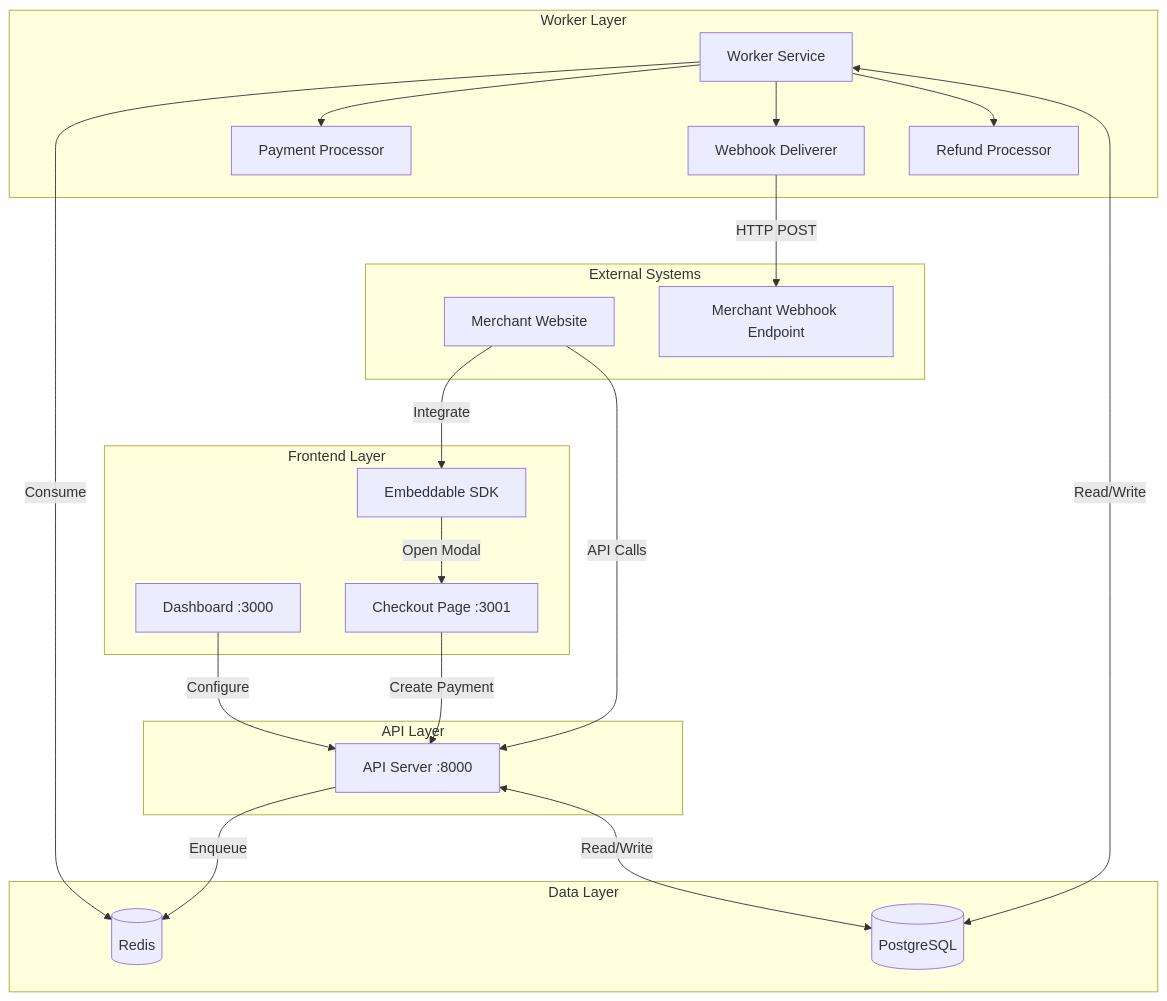
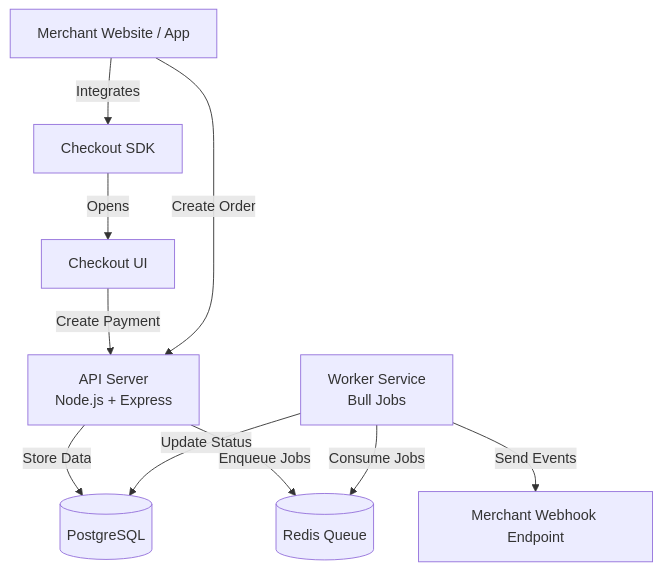
The diagram in docs/ARCHITECTURE.md (vinay-nethala/Payment-Gateway-with-Async-Processing-and-Webhooks), drawn with Mermaid before and after one commit. The commit also changed other lines of this file, not shown here.

````diff
--- a/docs/ARCHITECTURE.md
+++ b/docs/ARCHITECTURE.md
@@ -9,46 +20,23 @@
 ```mermaid
-graph TB
-    subgraph "External Systems"
-        MERCHANT[Merchant Website]
-        WEBHOOK_ENDPOINT[Merchant Webhook Endpoint]
-    end
-    
-    subgraph "Frontend Layer"
-        SDK[Embeddable SDK]
-        DASHBOARD[Dashboard :3000]
-        CHECKOUT[Checkout Page :3001]
-    end
-    
-    subgraph "API Layer"
-        API[API Server :8000]
-    end
-    
-    subgraph "Worker Layer"
-        WORKER[Worker Service]
-        PAYMENT_JOB[Payment Processor]
-        WEBHOOK_JOB[Webhook Deliverer]
-        REFUND_JOB[Refund Processor]
-    end
-    
-    subgraph "Data Layer"
-        POSTGRES[(PostgreSQL)]
-        REDIS[(Redis)]
-    end
-    
-    MERCHANT -->|Integrate| SDK
-    SDK -->|Open Modal| CHECKOUT
-    MERCHANT -->|API Calls| API
-    DASHBOARD -->|Configure| API
-    CHECKOUT -->|Create Payment| API
-    
-    API -->|Enqueue| REDIS
-    WORKER -->|Consume| REDIS
-    WORKER --> PAYMENT_JOB
-    WORKER --> WEBHOOK_JOB
-    WORKER --> REFUND_JOB
-    
-    API <-->|Read/Write| POSTGRES
-    WORKER <-->|Read/Write| POSTGRES
-    
-    WEBHOOK_JOB -->|HTTP POST| WEBHOOK_ENDPOINT
+graph TD
+    M[Merchant Website / App]
+    SDK[Checkout SDK]
+    UI[Checkout UI]
+    API[API Server<br/>Node.js + Express]
+    REDIS[(Redis Queue)]
+    WORKER[Worker Service<br/>Bull Jobs]
+    DB[(PostgreSQL)]
+    WH[Merchant Webhook Endpoint]
+
+    M -->|Integrates| SDK
+    SDK -->|Opens| UI
+    UI -->|Create Payment| API
+    M -->|Create Order| API
+
+    API -->|Store Data| DB
+    API -->|Enqueue Jobs| REDIS
+
+    WORKER -->|Consume Jobs| REDIS
+    WORKER -->|Update Status| DB
+    WORKER -->|Send Events| WH
 ```
````
